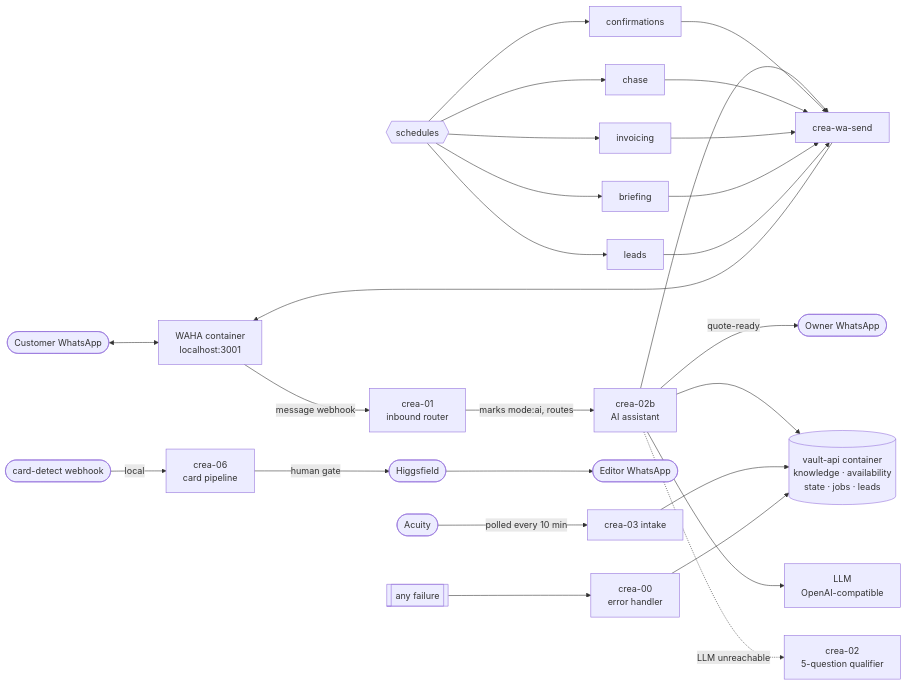
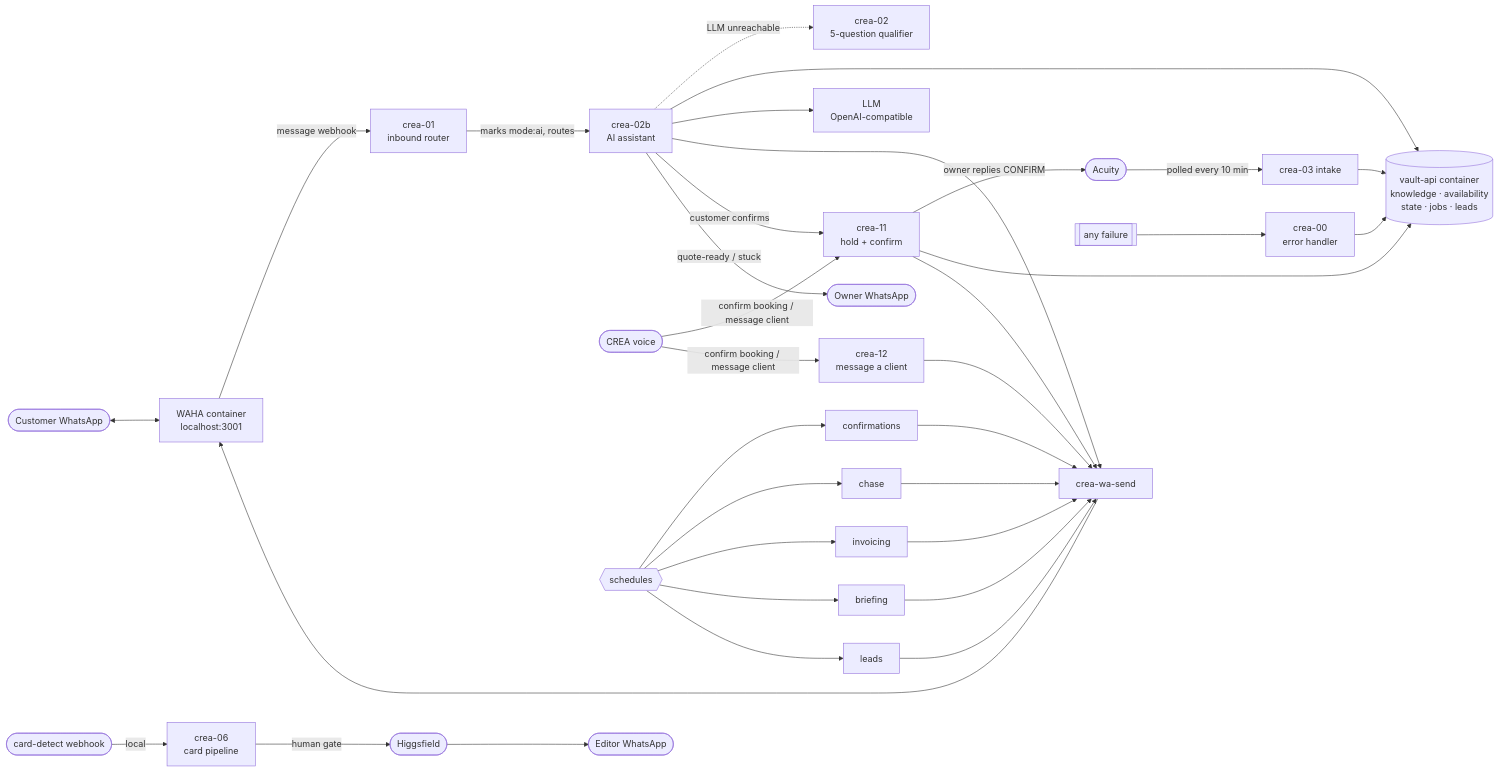
One commit to skw-fuj/crea changed the diagram in n8n/README.md. Above: the diagram before and after it, drawn with Mermaid. The commit also changed other lines of this file and 27 other files, not shown here.

First line of the commit message:
n8n: CREA v3.1 — property intake, price estimates, hold→confirm→Acuity, CREA-voice compat (#10) (#10)

````diff
--- a/n8n/README.md
+++ b/n8n/README.md
@@ -32,16 +40,20 @@
 ```mermaid
 flowchart LR
   cust([Customer WhatsApp]) <--> waha[WAHA container<br/>localhost:3001]
   waha -->|message webhook| n01[crea-01<br/>inbound router]
   n01 -->|marks mode:ai, routes| n02b[crea-02b<br/>AI assistant]
   n02b -.->|LLM unreachable| n02[crea-02<br/>5-question qualifier]
   n02b --> vapi[(vault-api container<br/>knowledge · availability<br/>state · jobs · leads)]
   n02b --> llm[LLM<br/>OpenAI-compatible]
   n02b --> wsend[crea-wa-send] --> waha
-  n02b -->|quote-ready| owner([Owner WhatsApp])
+  n02b -->|customer confirms| n11[crea-11<br/>hold + confirm]
+  n11 -->|owner replies CONFIRM| acuity
+  n11 --> vapi
+  n02b -->|quote-ready / stuck| owner([Owner WhatsApp])
+  voice([CREA voice]) -->|confirm booking / message client| n11 & n12[crea-12<br/>message a client] --> wsend
   acuity([Acuity]) -->|polled every 10 min| n03[crea-03 intake] --> vapi
   sched{{schedules}} --> n04[confirmations] & n05[chase] & n07[invoicing] & n08[briefing] & n10[leads]
   n04 & n05 & n07 & n08 & n10 --> wsend
   card([card-detect webhook]) -->|local| n06[crea-06<br/>card pipeline] -->|human gate| higgs([Higgsfield]) --> editor([Editor WhatsApp])
   anyfail[[any failure]] --> n00[crea-00<br/>error handler] --> vapi
 ```
````
